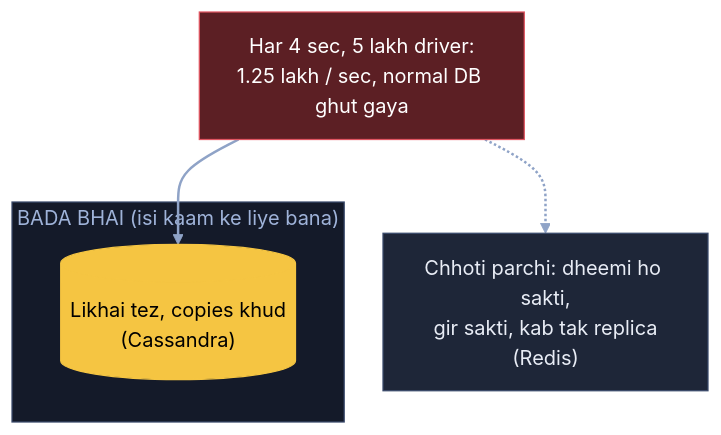
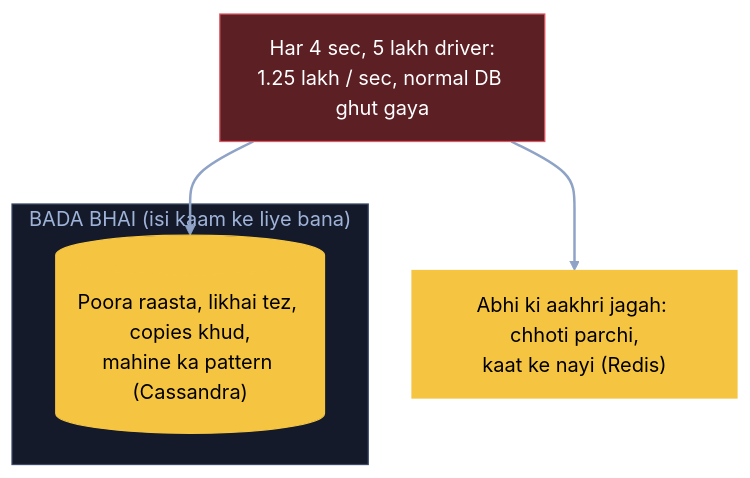
The second of 16 diagrams in 04_HLD/SYSTEM_DESIGNS/15_uber/15_uber.md (ArpanMaheshwari144/Prep), drawn with Mermaid (base theme) before and after one commit. The commit also changed other lines of this file and 1 other file, not shown here.

Commit message:
Uber kadam 2: aakhri jagah Redis, poora raasta Cassandra (pattern); 'Redis dheemi' aur 'Cassandra nahi jhelega' wali ulti line hatayi

````diff
--- a/04_HLD/SYSTEM_DESIGNS/15_uber/15_uber.md
+++ b/04_HLD/SYSTEM_DESIGNS/15_uber/15_uber.md
@@ -130,16 +130,16 @@
 ```mermaid
 flowchart TB
     X["Har 4 sec, 5 lakh driver:<br/>1.25 lakh / sec, normal DB ghut gaya"]:::bad
-    P["Chhoti parchi: dheemi ho sakti,<br/>gir sakti, kab tak replica<br/>(Redis)"]:::card
+    P["Abhi ki aakhri jagah: chhoti parchi,<br/>kaat ke nayi (Redis)"]:::pill
     subgraph BB["BADA BHAI (isi kaam ke liye bana)"]
-        C[("Likhai tez, copies khud<br/>(Cassandra)")]:::pill
+        C[("Poora raasta, likhai tez, copies khud,<br/>mahine ka pattern (Cassandra)")]:::pill
     end
-    X -.-> P
+    X --> P
     X --> C
     linkStyle default stroke:#8fa3c7,stroke-width:2px
     classDef card fill:#1e2638,stroke:#3a4a6b,color:#e8ecf5
     classDef pill fill:#f5c542,stroke:#f5c542,color:#000
     classDef good fill:#2e7d4f,stroke:#3fbf6f,color:#fff
     classDef bad fill:#5c1f24,stroke:#e05561,color:#fff
     style BB fill:#141a29,stroke:#3a4a6b,color:#9fb3d9
 ```
````
